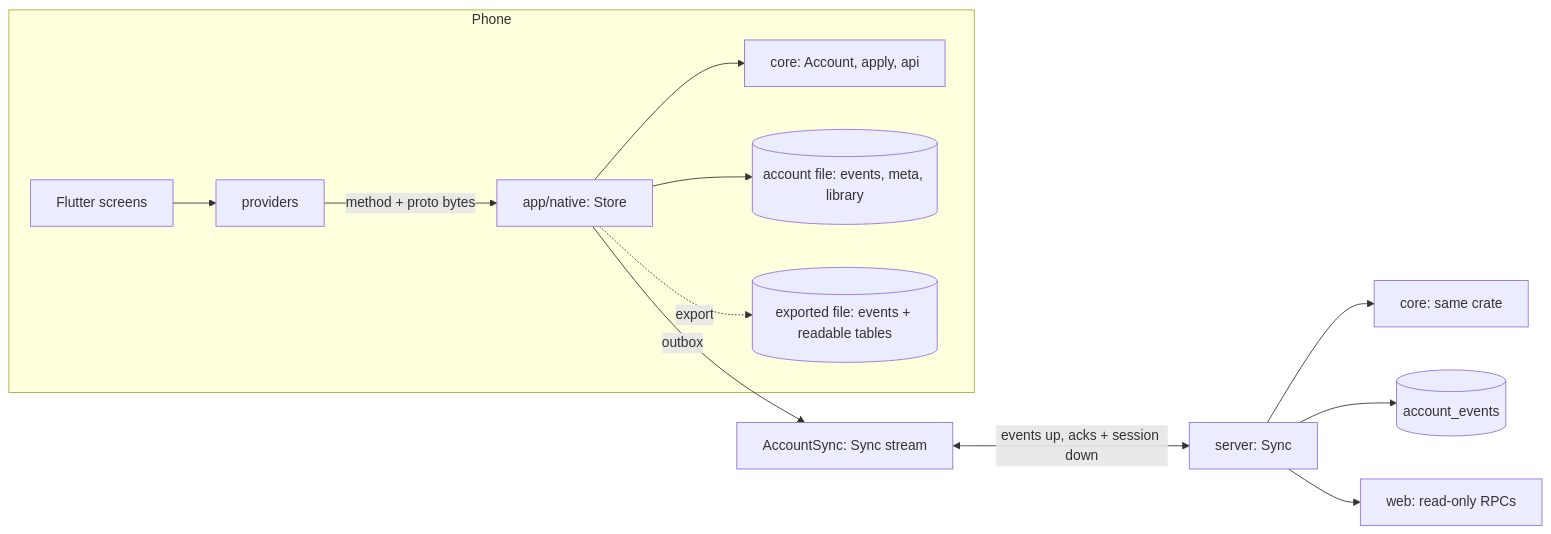
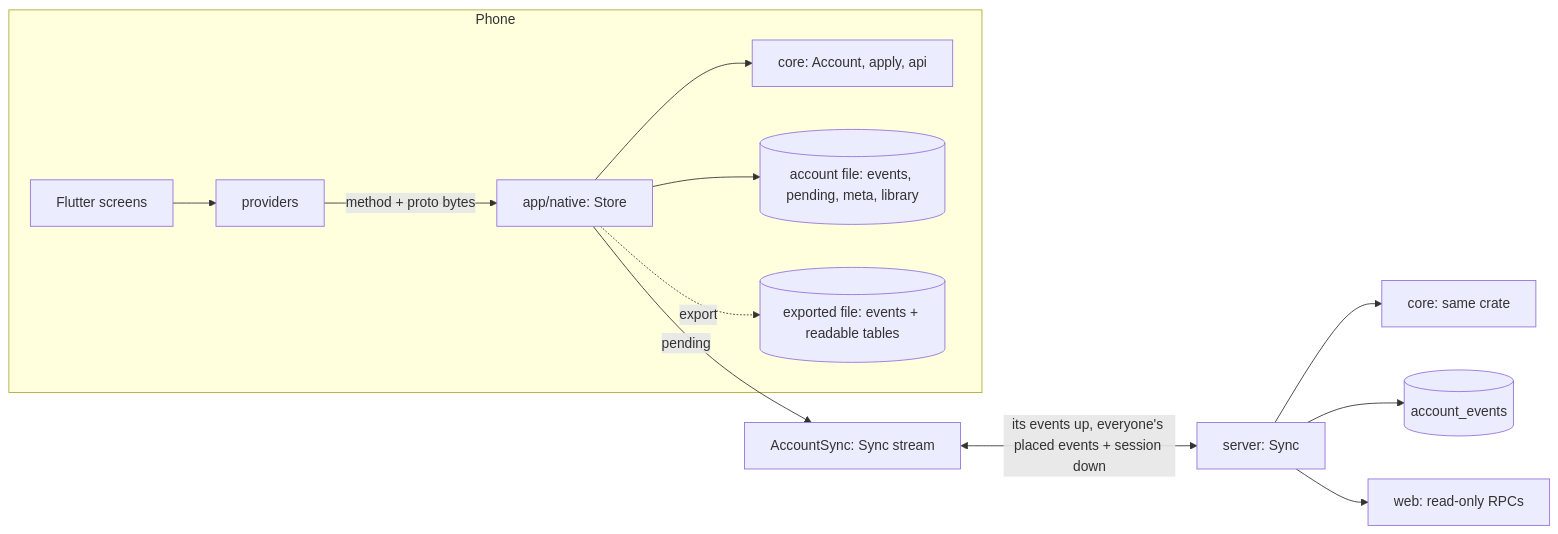
Before and after one commit to brensch/lift: the diagram in docs/architecture/local-first.md, drawn with Mermaid. The commit also changed other lines of this file and 60 other files, not shown here.

````diff
--- a/docs/architecture/local-first.md
+++ b/docs/architecture/local-first.md
@@ -9,15 +9,15 @@
 ```mermaid
 graph LR
   subgraph Phone
     UI[Flutter screens] --> P[providers]
     P -->|method + proto bytes| N[app/native: Store]
     N --> C[core: Account, apply, api]
-    N --> F[(account file: events, meta, library)]
+    N --> F[(account file: events, pending, meta, library)]
     N -.->|export| X[(exported file: events + readable tables)]
   end
-  N -->|outbox| S[AccountSync: Sync stream]
-  S <-->|events up, acks + session down| SV[server: Sync]
+  N -->|pending| S[AccountSync: Sync stream]
+  S <-->|its events up, everyone's placed events + session down| SV[server: Sync]
   SV --> C2[core: same crate]
   SV --> DB[(account_events)]
   SV --> W[web: read-only RPCs]
 ```
````
